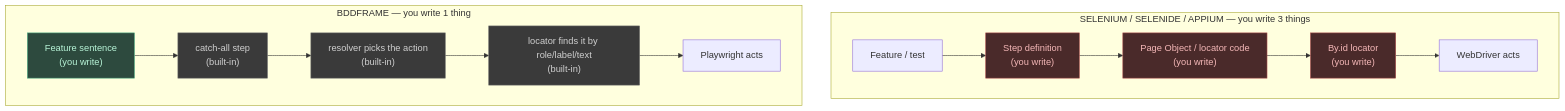
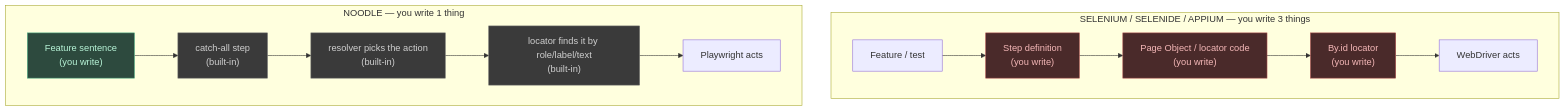
The first of 7 diagrams in docs/architecture.md (gheeno/bddframe), drawn with Mermaid before and after one commit. The commit also changed other lines of this file and 164 other files, not shown here.

First line of the commit message:
NOOD_0002 refactor:rename bddframe package to noodle

````diff
--- a/docs/architecture.md
+++ b/docs/architecture.md
@@ -56,24 +56,24 @@
 ```mermaid
 flowchart TB
     subgraph SEL["SELENIUM / SELENIDE / APPIUM — you write 3 things"]
         S1["Feature / test"] --> S2["Step definition<br/>(you write)"]
         S2 --> S3["Page Object / locator code<br/>(you write)"]
         S3 --> S4["By.id locator<br/>(you write)"]
         S4 --> S5["WebDriver acts"]
     end
 
-    subgraph BDD["BDDFRAME — you write 1 thing"]
+    subgraph BDD["NOODLE — you write 1 thing"]
         B1["Feature sentence<br/>(you write)"] --> B2["catch-all step<br/>(built-in)"]
         B2 --> B3["resolver picks the action<br/>(built-in)"]
         B3 --> B4["locator finds it by role/label/text<br/>(built-in)"]
         B4 --> B5["Playwright acts"]
     end
 
     style S2 fill:#4a2a2a,color:#f5b8b8,stroke:#aa4a4a
     style S3 fill:#4a2a2a,color:#f5b8b8,stroke:#aa4a4a
     style S4 fill:#4a2a2a,color:#f5b8b8,stroke:#aa4a4a
     style B1 fill:#2d4a3e,color:#b8f5d8,stroke:#4aaa80
     style B2 fill:#3a3a3a,color:#d0d0d0,stroke:#666
     style B3 fill:#3a3a3a,color:#d0d0d0,stroke:#666
     style B4 fill:#3a3a3a,color:#d0d0d0,stroke:#666
 ```
````
